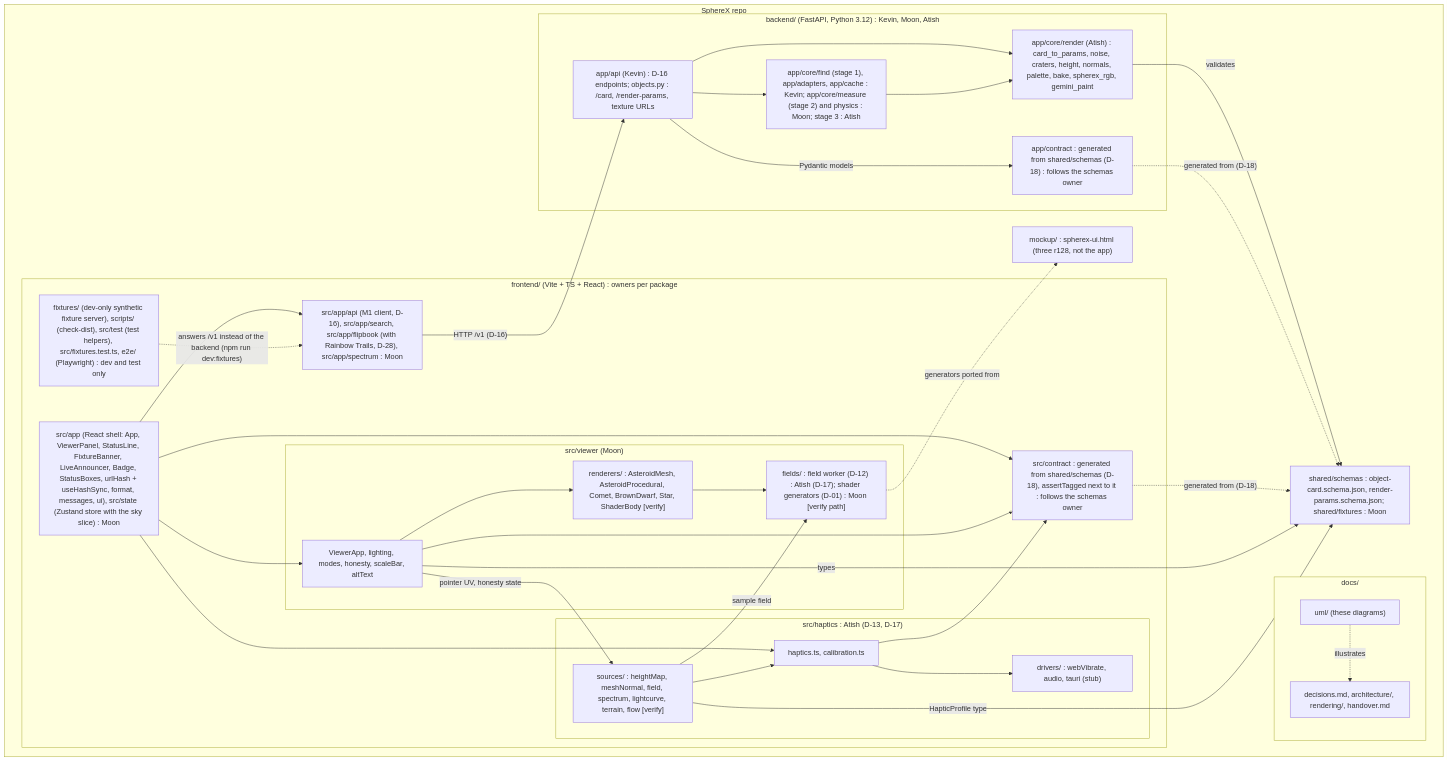
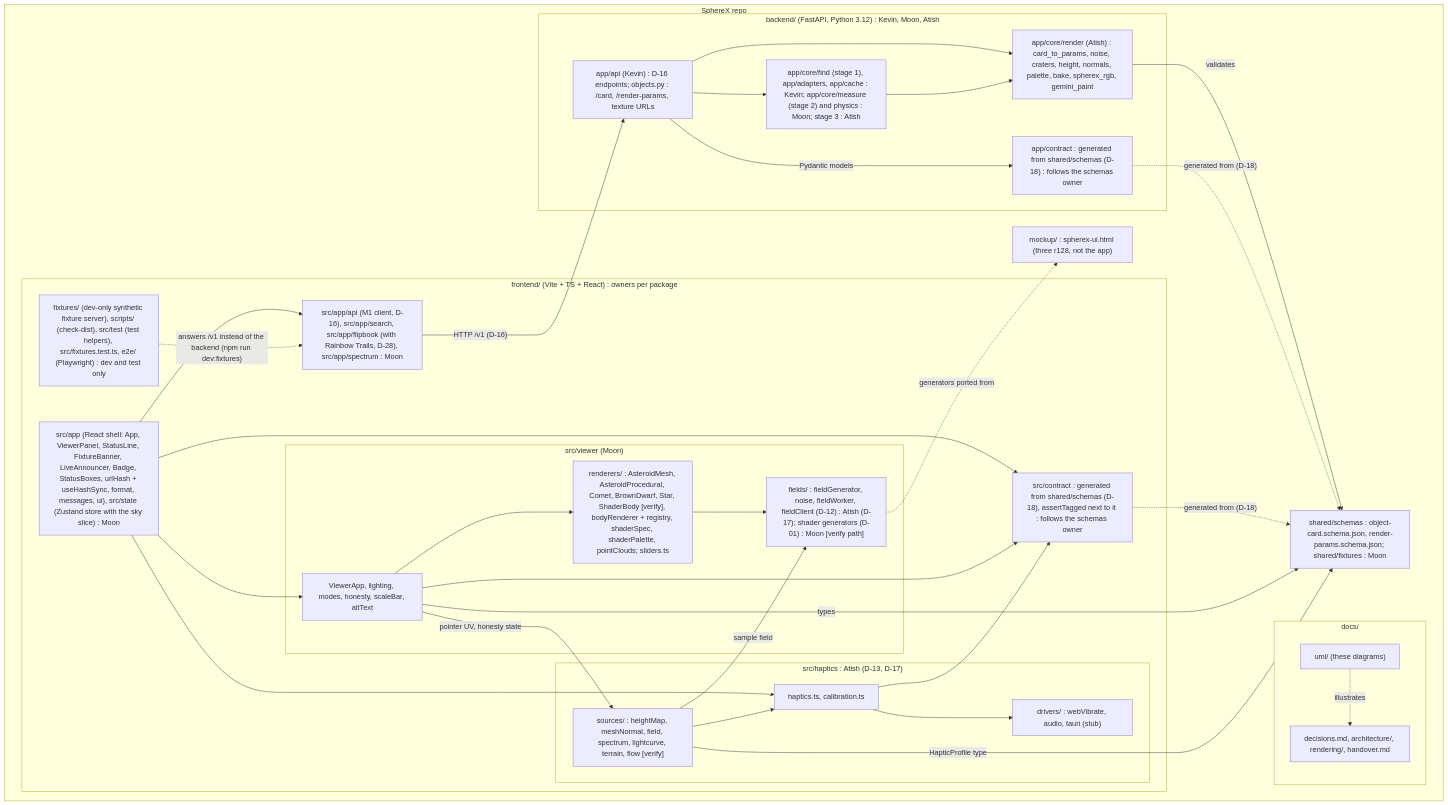
The diagram in docs/uml/04-package.md (0ffrian/SphereX), drawn with Mermaid before and after one commit. The commit also changed 5 other files, not shown here.

Commit message:
Docs: renumber Q-43/44 to Q-45/46, shader-kinds contract, R10 layout, UML 04 and 10, A12 screenshots (#31 B4, N10)

````diff
--- a/docs/uml/04-package.md
+++ b/docs/uml/04-package.md
@@ -5,64 +5,64 @@
 ```mermaid
 flowchart TB
   subgraph Repo["SphereX repo"]
     subgraph Docs["docs/"]
       DocSpecs["decisions.md, architecture/, rendering/, handover.md"]
       DocUML["uml/ (these diagrams)"]
     end
 
     Mockup["mockup/ : spherex-ui.html (three r128, not the app)"]
 
     subgraph Backend["backend/ (FastAPI, Python 3.12) : Kevin, Moon, Atish"]
       BApi["app/api (Kevin) : D-16 endpoints; objects.py : /card, /render-params, texture URLs"]
       BPipe["app/core/find (stage 1), app/adapters, app/cache : Kevin; app/core/measure (stage 2) and physics : Moon; stage 3 : Atish"]
       BRender["app/core/render (Atish) : card_to_params, noise, craters, height, normals, palette, bake, spherex_rgb, gemini_paint"]
       BContract["app/contract : generated from shared/schemas (D-18) : follows the schemas owner"]
     end
 
     subgraph Frontend["frontend/ (Vite + TS + React) : owners per package"]
       FApp["src/app (React shell: App, ViewerPanel, StatusLine, FixtureBanner, LiveAnnouncer, Badge, StatusBoxes, urlHash + useHashSync, format, messages, ui), src/state (Zustand store with the sky slice) : Moon"]
       FFlip["src/app/api (M1 client, D-16), src/app/search, src/app/flipbook (with Rainbow Trails, D-28), src/app/spectrum : Moon"]
       FDev["fixtures/ (dev-only synthetic fixture server), scripts/ (check-dist), src/test (test helpers), src/fixtures.test.ts, e2e/ (Playwright) : dev and test only"]
       FContract["src/contract : generated from shared/schemas (D-18), assertTagged next to it : follows the schemas owner"]
       subgraph FViewer["src/viewer (Moon)"]
         VCore["ViewerApp, lighting, modes, honesty, scaleBar, altText"]
-        VRend["renderers/ : AsteroidMesh, AsteroidProcedural, Comet, BrownDwarf, Star, ShaderBody [verify]"]
-        VFields["fields/ : field worker (D-12) : Atish (D-17); shader generators (D-01) : Moon [verify path]"]
+        VRend["renderers/ : AsteroidMesh, AsteroidProcedural, Comet, BrownDwarf, Star, ShaderBody [verify], bodyRenderer + registry, shaderSpec, shaderPalette, pointClouds; sliders.ts"]
+        VFields["fields/ : fieldGenerator, noise, fieldWorker, fieldClient (D-12) : Atish (D-17); shader generators (D-01) : Moon [verify path]"]
       end
       subgraph FHaptics["src/haptics : Atish (D-13, D-17)"]
         HCore["haptics.ts, calibration.ts"]
         HDrivers["drivers/ : webVibrate, audio, tauri (stub)"]
         HSources["sources/ : heightMap, meshNormal, field, spectrum, lightcurve, terrain, flow [verify]"]
       end
     end
 
     Schemas["shared/schemas : object-card.schema.json, render-params.schema.json; shared/fixtures : Moon"]
   end
 
   DocUML -.->|"illustrates"| DocSpecs
   BApi --> BPipe
   BApi --> BRender
   BPipe --> BRender
   BRender -->|"validates"| Schemas
   BApi -->|"Pydantic models"| BContract
   BContract -.->|"generated from (D-18)"| Schemas
 
   FApp --> VCore
   FApp --> FContract
   VCore --> FContract
   HCore --> FContract
   FContract -.->|"generated from (D-18)"| Schemas
   FApp --> HCore
   FApp --> FFlip
   FFlip -->|"HTTP /v1 (D-16)"| BApi
   FDev -.->|"answers /v1 instead of the backend (npm run dev:fixtures)"| FFlip
   VCore --> VRend
   VRend --> VFields
   VCore -->|"pointer UV, honesty state"| HSources
   HSources --> HCore
   HSources -->|"sample field"| VFields
   HCore --> HDrivers
   VCore -->|"types"| Schemas
   HSources -->|"HapticProfile type"| Schemas
   VFields -.->|"generators ported from"| Mockup
 ```
````
